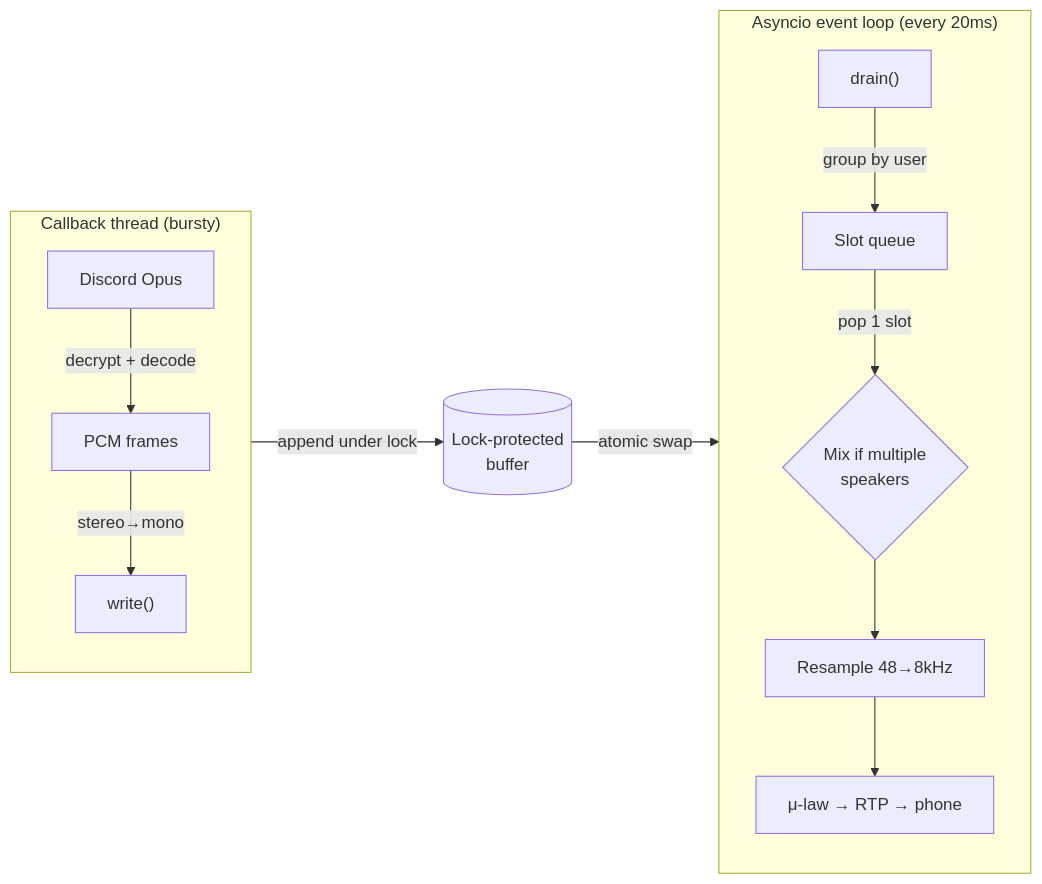
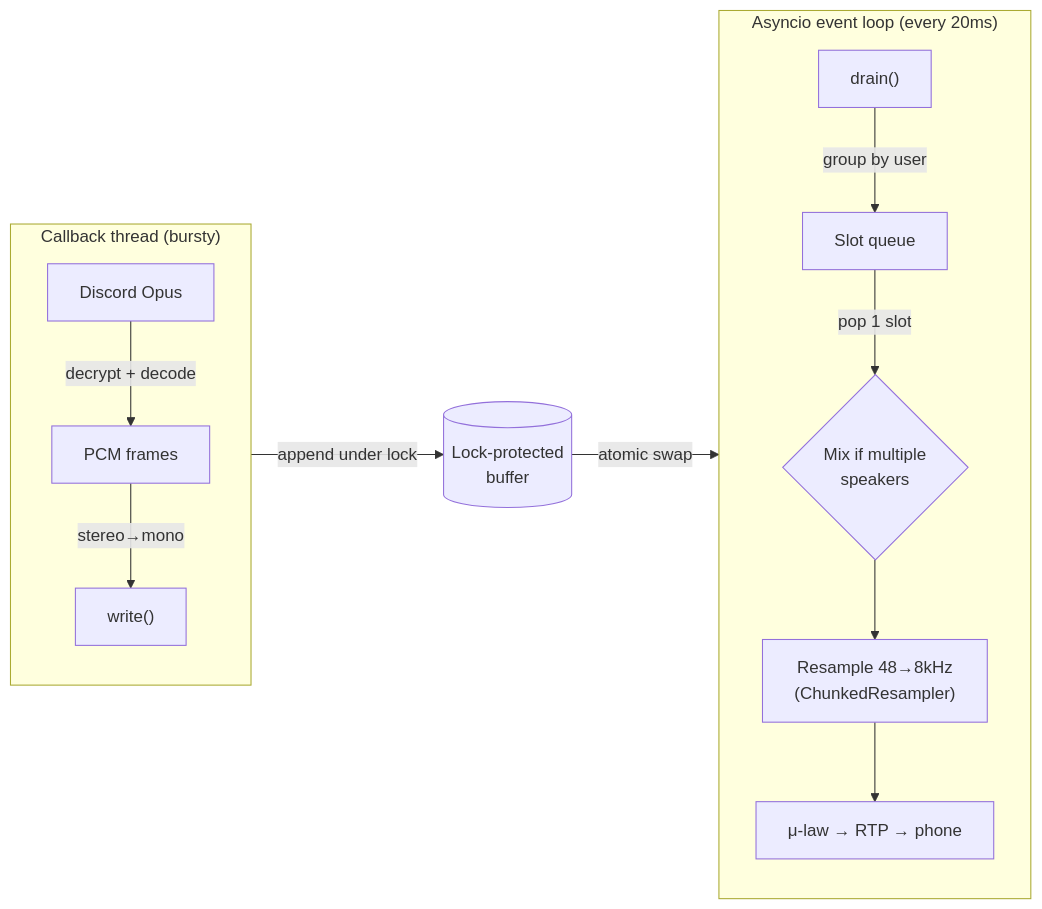
The third of 3 diagrams in DESIGN.md (frizzle-chan/frizzle-phone), drawn with Mermaid before and after one commit. The commit also changed other lines of this file and 14 other files, not shown here.

````diff
--- a/DESIGN.md
+++ b/DESIGN.md
@@ -79,19 +79,19 @@
 ```mermaid
 graph LR
     subgraph CB["Callback thread (bursty)"]
         direction TB
         OPUS[Discord Opus] -->|decrypt + decode| PCM[PCM frames]
         PCM -->|"stereo→mono"| WRITE["write()"]
     end
 
     CB -->|append under lock| BUF[("Lock-protected<br/>buffer")]
     BUF -->|atomic swap| AL
 
     subgraph AL["Asyncio event loop (every 20ms)"]
         direction TB
         DRAIN["drain()"] -->|group by user| SLOTS[Slot queue]
         SLOTS -->|pop 1 slot| MIX{"Mix if multiple<br/>speakers"}
-        MIX --> RS["Resample 48→8kHz"]
+        MIX --> RS["Resample 48→8kHz<br/>(ChunkedResampler)"]
         RS --> RTP["μ-law → RTP → phone"]
     end
 ```
````
